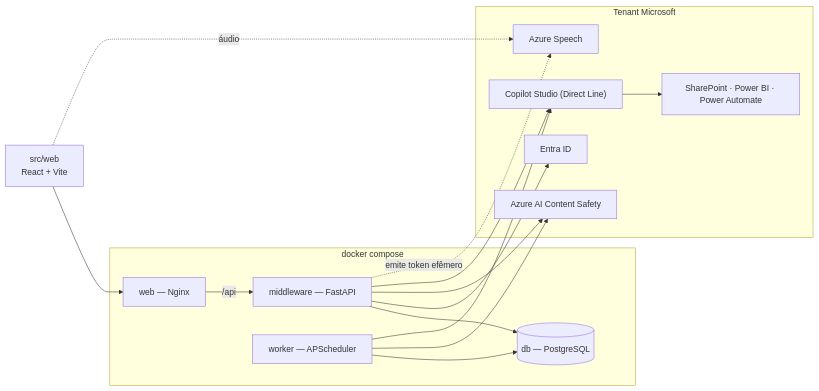
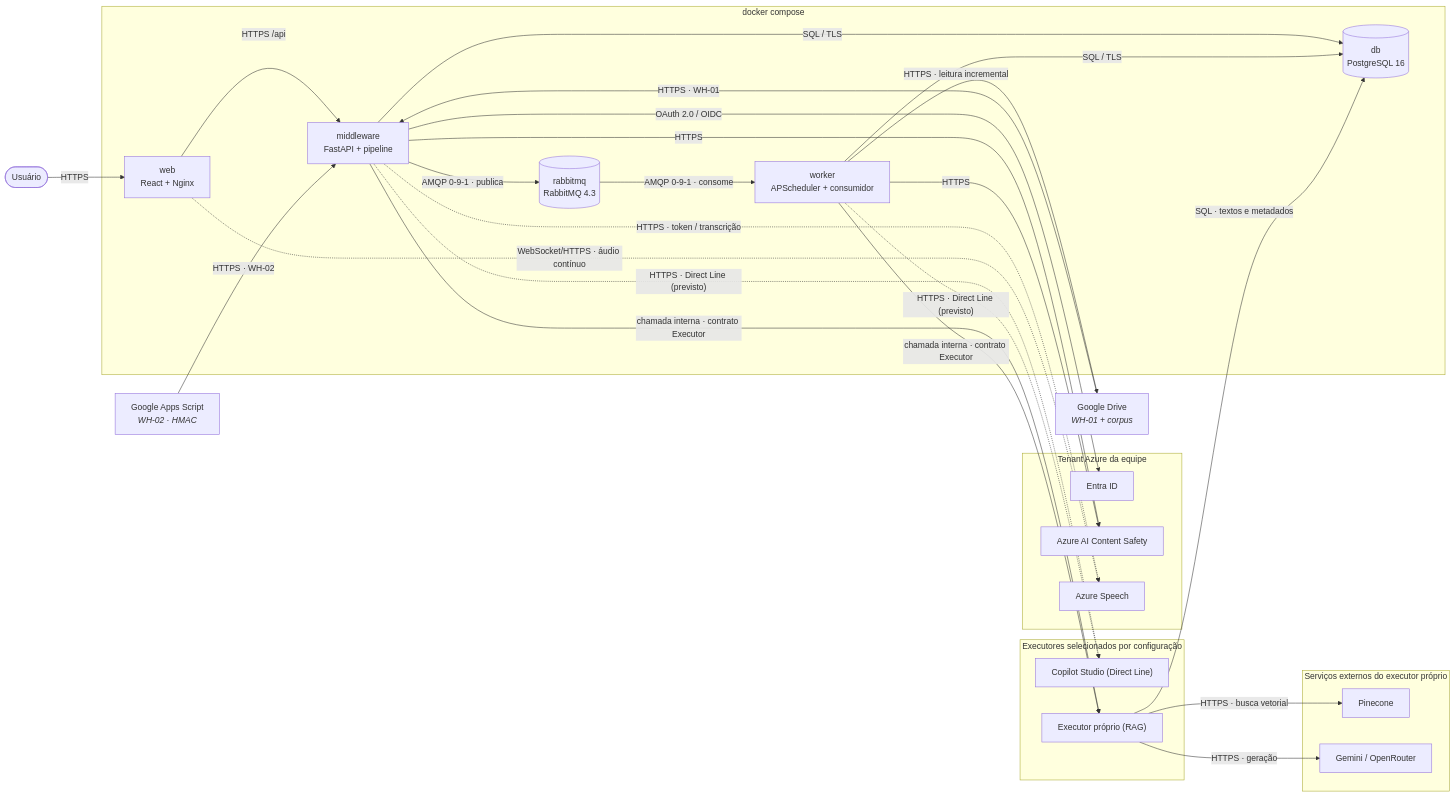
The second of 3 diagrams in docs/Arquitetura.md (Kdu07/agente-ia-portfolio-metro), drawn with Mermaid before and after one commit. The commit also changed other lines of this file, not shown here.

Commit message:
docs: atualizar visao geral da arquitetura implementada (#487)

````diff
--- a/docs/Arquitetura.md
+++ b/docs/Arquitetura.md
@@ -68,32 +81,52 @@
 ```mermaid
 flowchart LR
-    WEB["src/web<br/>React + Vite"]
+    USER(["Usuário"])
+    DRIVE["Google Drive<br/><i>WH-01 + corpus</i>"]
+    APPS["Google Apps Script<br/><i>WH-02 · HMAC</i>"]
 
     subgraph LOCAL["docker compose"]
-        NGX["web — Nginx"]
-        API["middleware — FastAPI"]
-        WRK["worker — APScheduler"]
-        DB[("db — PostgreSQL")]
+        WEB["web<br/>React + Nginx"]
+        API["middleware<br/>FastAPI + pipeline"]
+        WRK["worker<br/>APScheduler + consumidor"]
+        MQ[("rabbitmq<br/>RabbitMQ 4.3")]
+        DB[("db<br/>PostgreSQL 16")]
     end
 
-    subgraph TENANT["Tenant Microsoft"]
+    subgraph AZURE_EQUIPE["Tenant Azure da equipe"]
         ENTRA["Entra ID"]
         SAFE["Azure AI Content Safety"]
         SPEECH["Azure Speech"]
-        CS["Copilot Studio (Direct Line)"]
-        CN["SharePoint · Power BI · Power Automate"]
     end
 
-    WEB --> NGX
-    NGX -->|"/api"| API
-    API --> DB
-    API --> ENTRA
-    API --> SAFE
-    API --> CS
-    WRK --> DB
-    WRK --> SAFE
-    WRK --> CS
-    CS --> CN
-    API -.->|"emite token efêmero"| SPEECH
-    WEB -.->|"áudio"| SPEECH
+    subgraph EXECUTORES["Executores selecionados por configuração"]
+        CS["Copilot Studio (Direct Line)"]
+        RAG["Executor próprio (RAG)"]
+    end
+
+    subgraph TERCEIROS["Serviços externos do executor próprio"]
+        PINE["Pinecone"]
+        LLM["Gemini / OpenRouter"]
+    end
+
+    USER -->|"HTTPS"| WEB
+    WEB -->|"HTTPS /api"| API
+    API -->|"OAuth 2.0 / OIDC"| ENTRA
+    API -->|"SQL / TLS"| DB
+    WRK -->|"SQL / TLS"| DB
+    API -->|"HTTPS"| SAFE
+    WRK -->|"HTTPS"| SAFE
+    API -.->|"HTTPS · Direct Line (previsto)"| CS
+    API -->|"chamada interna · contrato Executor"| RAG
+    WRK -.->|"HTTPS · Direct Line (previsto)"| CS
+    WRK -->|"chamada interna · contrato Executor"| RAG
+    RAG -->|"HTTPS · busca vetorial"| PINE
+    RAG -->|"HTTPS · geração"| LLM
+    RAG -->|"SQL · textos e metadados"| DB
+    API -->|"AMQP 0-9-1 · publica"| MQ
+    MQ -->|"AMQP 0-9-1 · consome"| WRK
+    DRIVE -->|"HTTPS · WH-01"| API
+    APPS -->|"HTTPS · WH-02"| API
+    WRK -->|"HTTPS · leitura incremental"| DRIVE
+    API -.->|"HTTPS · token / transcrição"| SPEECH
+    WEB -.->|"WebSocket/HTTPS · áudio contínuo"| SPEECH
 ```
````
